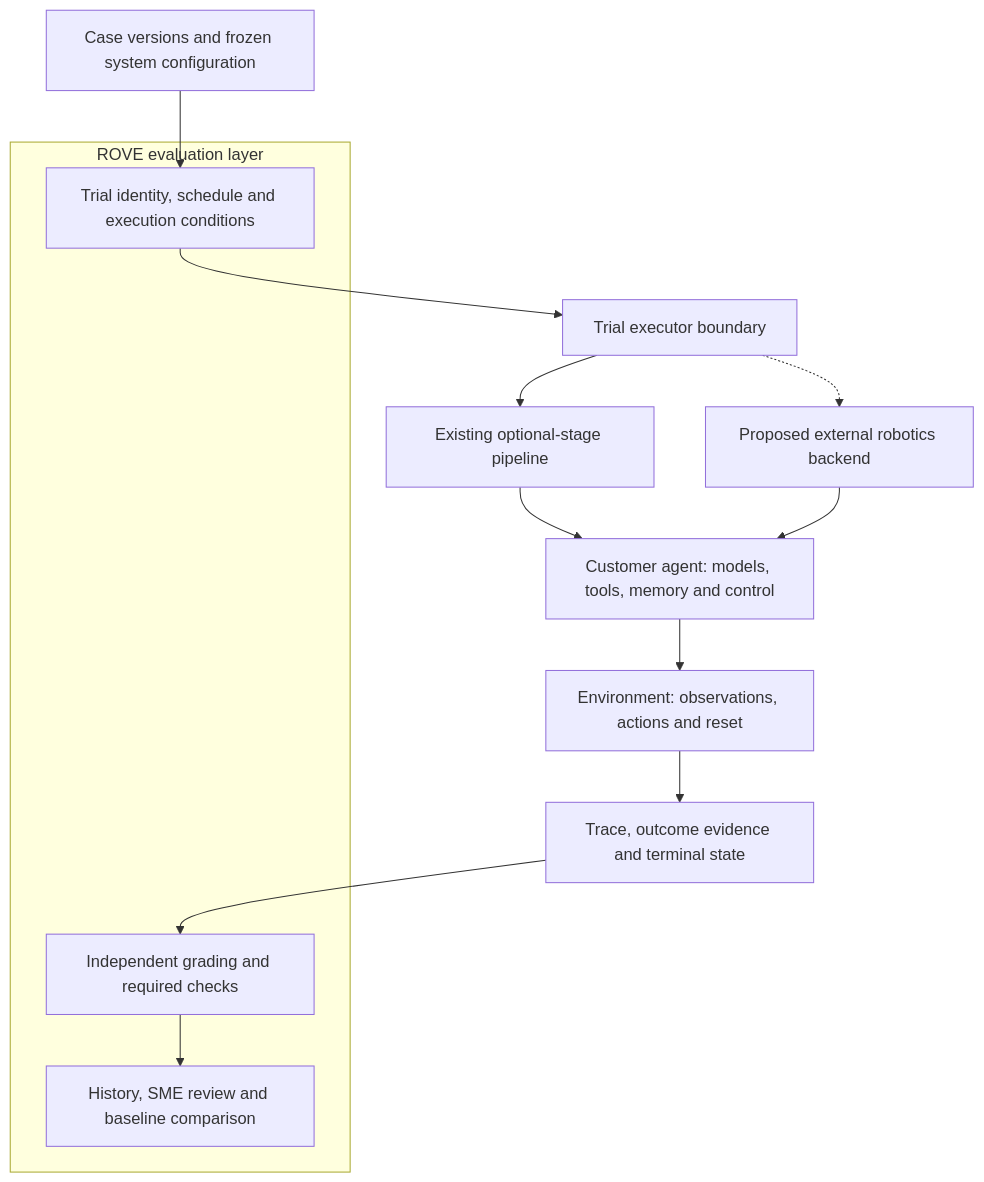
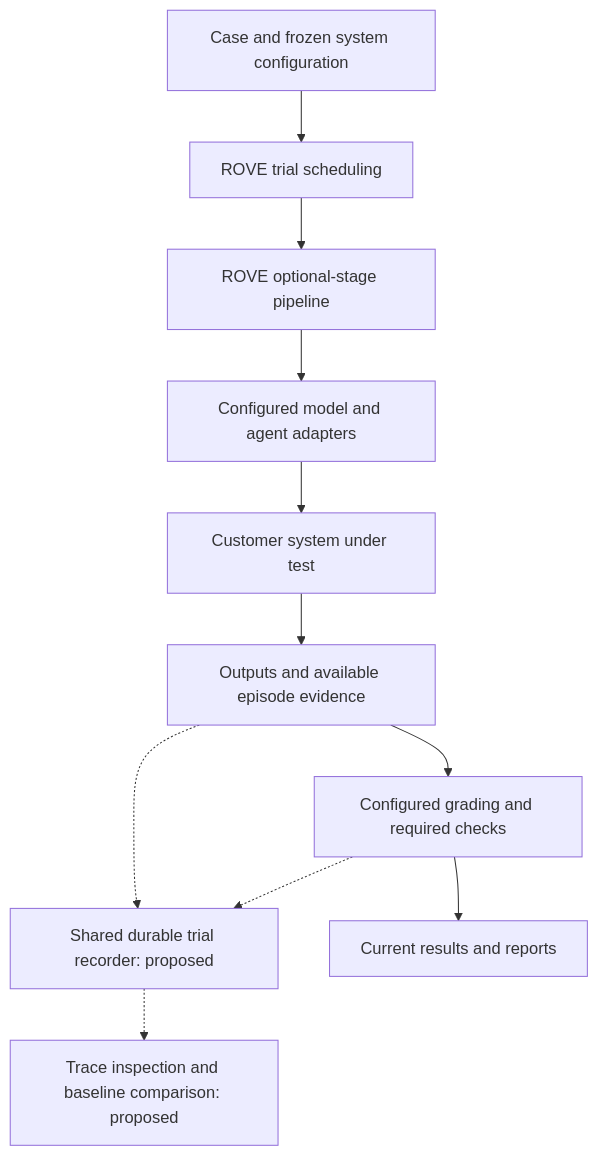
One commit to niksacdev/rove changed the diagram in docs/architecture/ADR-023-evaluation-and-execution-harnesses.md. Above: the diagram before and after it, drawn with Mermaid. The commit also changed other lines of this file and 7 other files, not shown here.

Commit message:
Keep ROVE harness development independent

````diff
--- a/docs/architecture/ADR-023-evaluation-and-execution-harnesses.md
+++ b/docs/architecture/ADR-023-evaluation-and-execution-harnesses.md
@@ -27,18 +36,13 @@
 ```mermaid
-flowchart TB
-    C[Case versions and frozen system configuration] --> R
-    subgraph ROVE[ROVE evaluation layer]
-        R[Trial identity, schedule and execution conditions]
-        G[Independent grading and required checks]
-        H[History, SME review and baseline comparison]
-        G --> H
-    end
-    R --> X[Trial executor boundary]
-    X --> P[Existing optional-stage pipeline]
-    X -.-> B[Proposed external robotics backend]
-    P --> A[Customer agent: models, tools, memory and control]
-    B --> A
-    A --> E[Environment: observations, actions and reset]
-    E --> T[Trace, outcome evidence and terminal state]
-    T --> G
+flowchart TD
+    C[Case and frozen system configuration] --> R[ROVE trial scheduling]
+    R --> P[ROVE optional-stage pipeline]
+    P --> A[Configured model and agent adapters]
+    A --> S[Customer system under test]
+    S --> E[Outputs and available episode evidence]
+    E --> G[Configured grading and required checks]
+    E -.-> T[Shared durable trial recorder: proposed]
+    G -.-> T
+    T -.-> I[Trace inspection and baseline comparison: proposed]
+    G --> H[Current results and reports]
 ```
````
